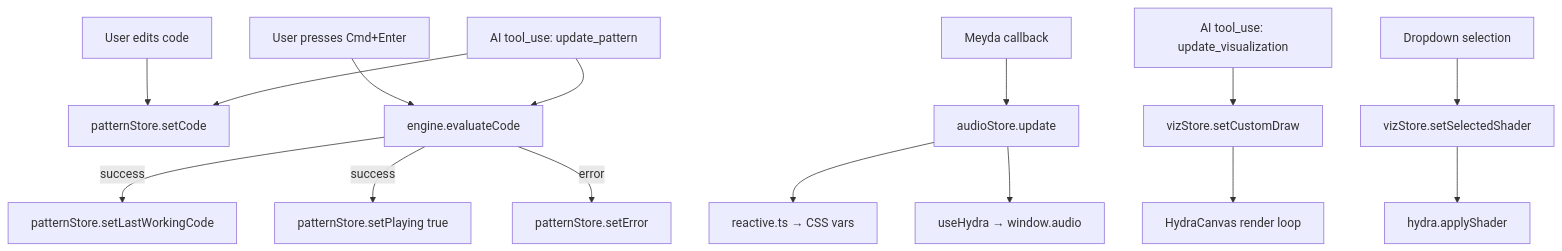
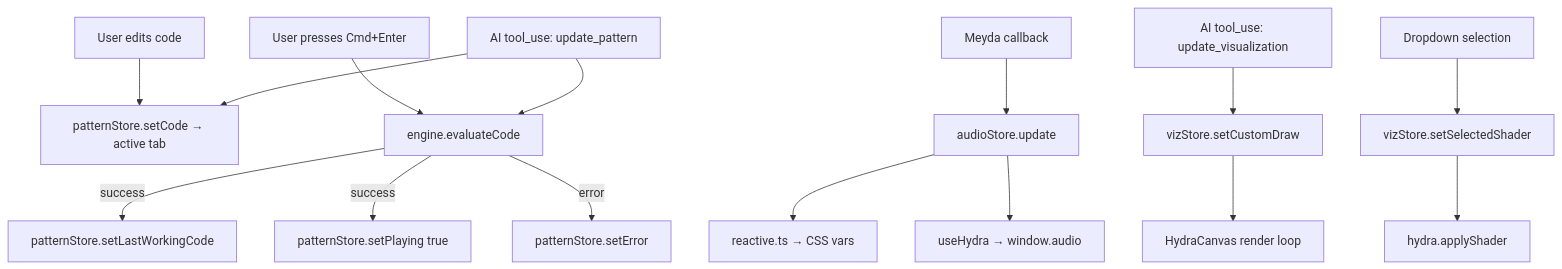
One commit to weathermachine/EuroHack changed the fifth of 21 diagrams in docs/how-it-works.md. Above: the diagram before and after it, drawn with Mermaid. The commit also changed other lines of this file and 5 other files, not shown here.

````diff
--- a/docs/how-it-works.md
+++ b/docs/how-it-works.md
@@ -232,21 +237,21 @@
 ```mermaid
 flowchart TD
-    USER_EDIT[User edits code] --> PS_CODE[patternStore.setCode]
+    USER_EDIT[User edits code] --> PS_CODE[patternStore.setCode → active tab]
     CMD_ENTER[User presses Cmd+Enter] --> EVAL[engine.evaluateCode]
     EVAL -->|success| PS_LWC[patternStore.setLastWorkingCode]
     EVAL -->|success| PS_PLAY[patternStore.setPlaying true]
     EVAL -->|error| PS_ERR[patternStore.setError]
 
     AI_TOOL[AI tool_use: update_pattern] --> PS_CODE
     AI_TOOL --> EVAL
 
     MEYDA[Meyda callback] --> AS_UPDATE[audioStore.update]
     AS_UPDATE --> REACTIVE_CSS["reactive.ts → CSS vars"]
     AS_UPDATE --> HYDRA_BRIDGE["useHydra → window.audio"]
 
     AI_VIZ[AI tool_use: update_visualization] --> VS_DRAW[vizStore.setCustomDraw]
     VS_DRAW --> VIZ_RENDER[HydraCanvas render loop]
 
     SHADER_SELECT[Dropdown selection] --> VS_SHADER[vizStore.setSelectedShader]
     VS_SHADER --> HYDRA_APPLY[hydra.applyShader]
 ```
````
